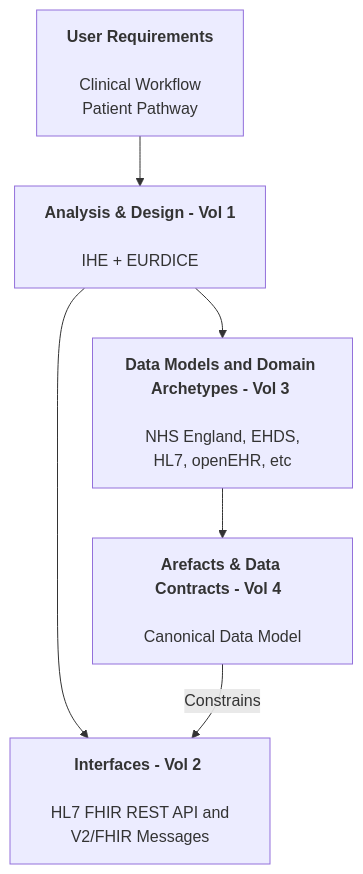
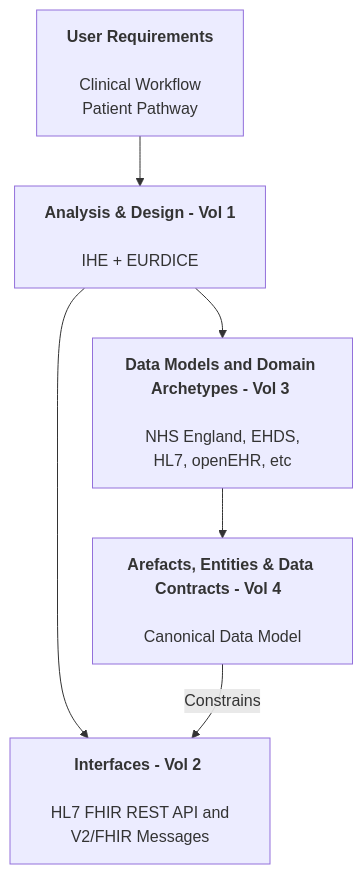
The diagram in input/pagecontent/index.md (nw-gmsa/nw-gmsa.github.com), drawn with Mermaid before and after one commit.

Commit message:
iGene Work Item Management

````diff
--- a/input/pagecontent/index.md
+++ b/input/pagecontent/index.md
@@ -39,15 +39,15 @@
 ```mermaid
 graph TD 
 
 User[<b>User Requirements</b> <br/><br/> Clinical Workflow<br/>Patient Pathway]
 IHE[<b>Analysis & Design - Vol 1</b> <br/><br/>IHE + EURDICE]
 HL7[<b>Interfaces - Vol 2</b> <br/><br/> HL7 FHIR REST API and V2/FHIR Messages]
 Data[<b>Data Models and Domain Archetypes - Vol 3</b> <br/><br/> NHS England, EHDS, HL7, openEHR, etc]
-Arefacts[<b>Arefacts & Data Contracts - Vol 4</b>  <br/><br/>Canonical Data Model] 
+Arefacts[<b>Arefacts, Entities & Data Contracts - Vol 4</b>  <br/><br/>Canonical Data Model] 
 
 User --> IHE
 IHE --> HL7
 IHE --> Data
 Data --> Arefacts
 Arefacts --> |Constrains| HL7
 ```
````
